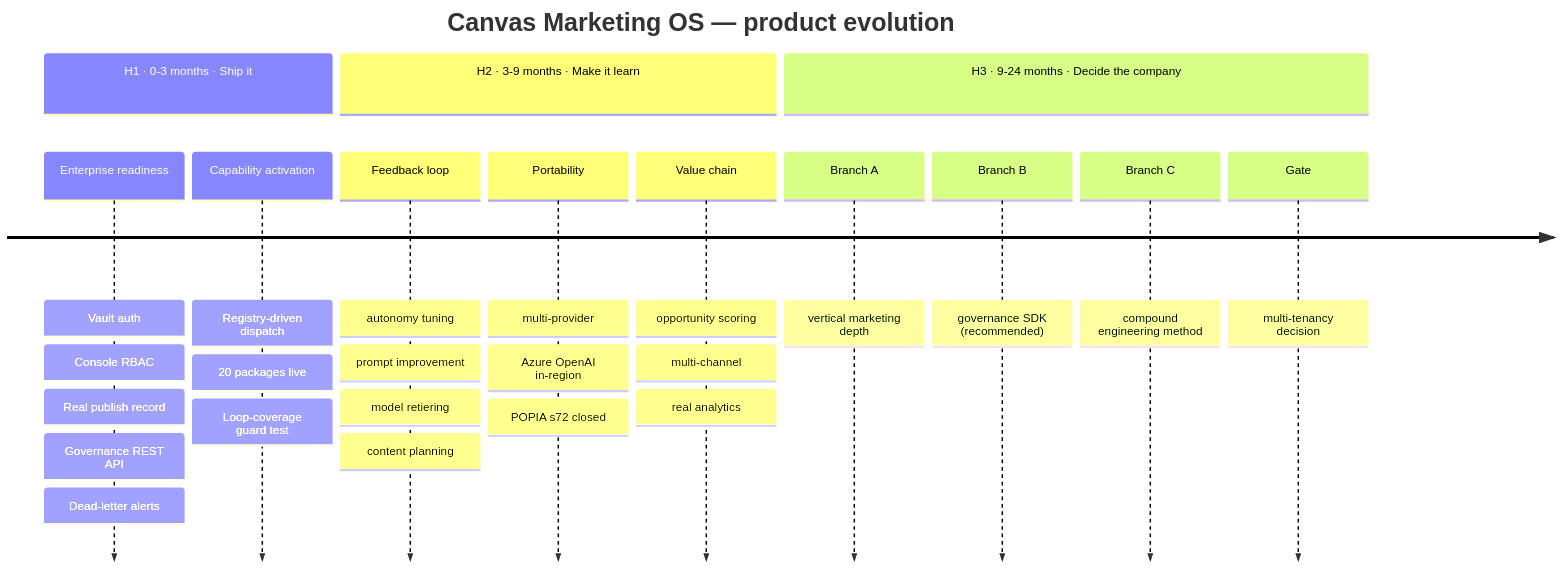
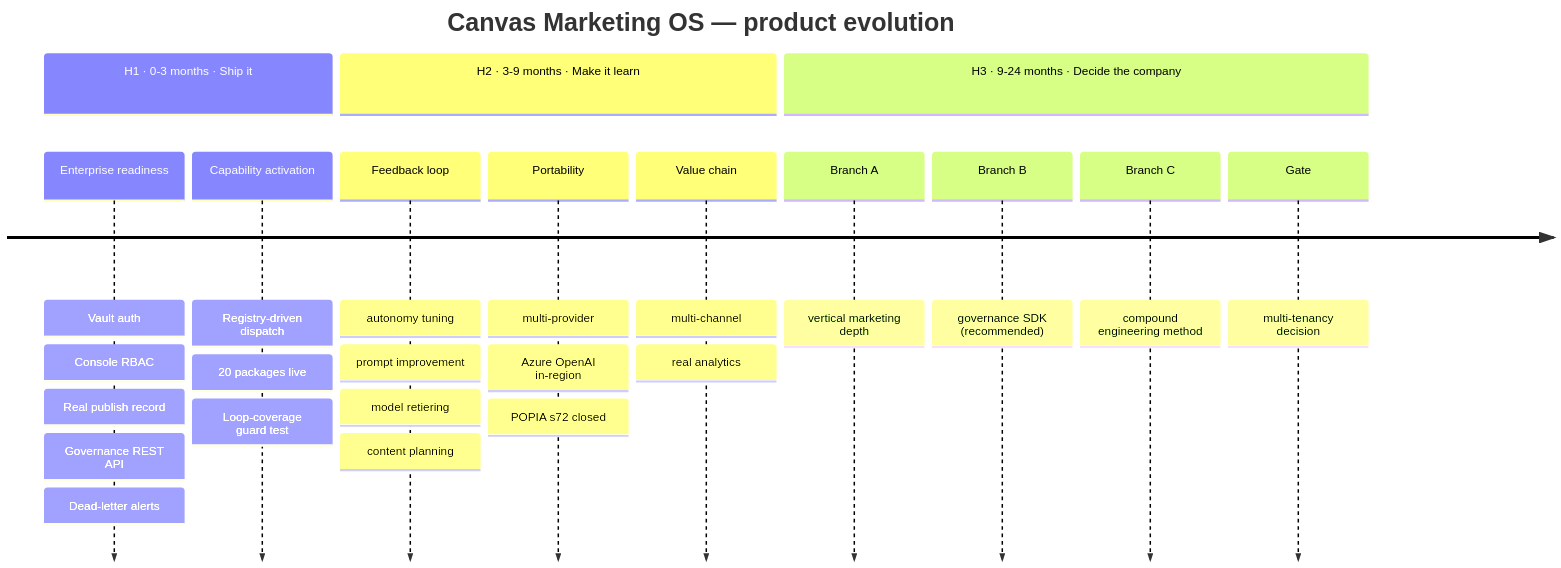
The diagram in docs/architecture/10-product-roadmap.md (rooipiet-tech/Canvas-Marketing-OS), drawn with Mermaid before and after one commit. The commit also changed other lines of this file and 7 other files, not shown here.

````diff
--- a/docs/architecture/10-product-roadmap.md
+++ b/docs/architecture/10-product-roadmap.md
@@ -235,16 +252,16 @@
 ```mermaid
 timeline
   title Canvas Marketing OS — product evolution
   section H1 · 0-3 months · Ship it
     Enterprise readiness : Vault auth : Console RBAC : Real publish record : Governance REST API : Dead-letter alerts
     Capability activation : Registry-driven dispatch : 20 packages live : Loop-coverage guard test
   section H2 · 3-9 months · Make it learn
     Feedback loop : autonomy tuning : prompt improvement : model retiering : content planning
     Portability : multi-provider : Azure OpenAI in-region : POPIA s72 closed
-    Value chain : opportunity scoring : multi-channel : real analytics
+    Value chain : multi-channel : real analytics
   section H3 · 9-24 months · Decide the company
     Branch A : vertical marketing depth
     Branch B : governance SDK (recommended)
     Branch C : compound engineering method
     Gate : multi-tenancy decision
 ```
````
